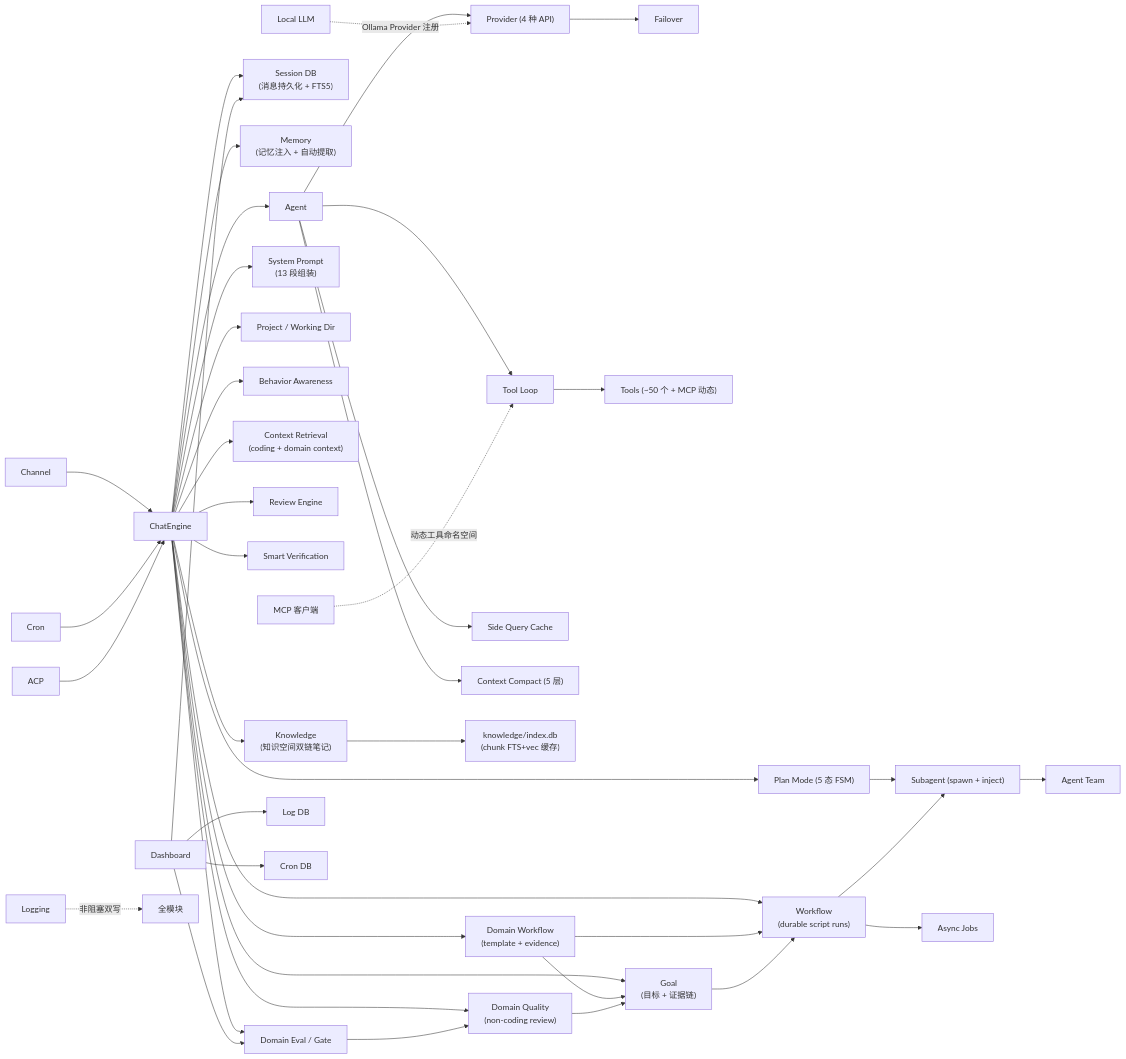
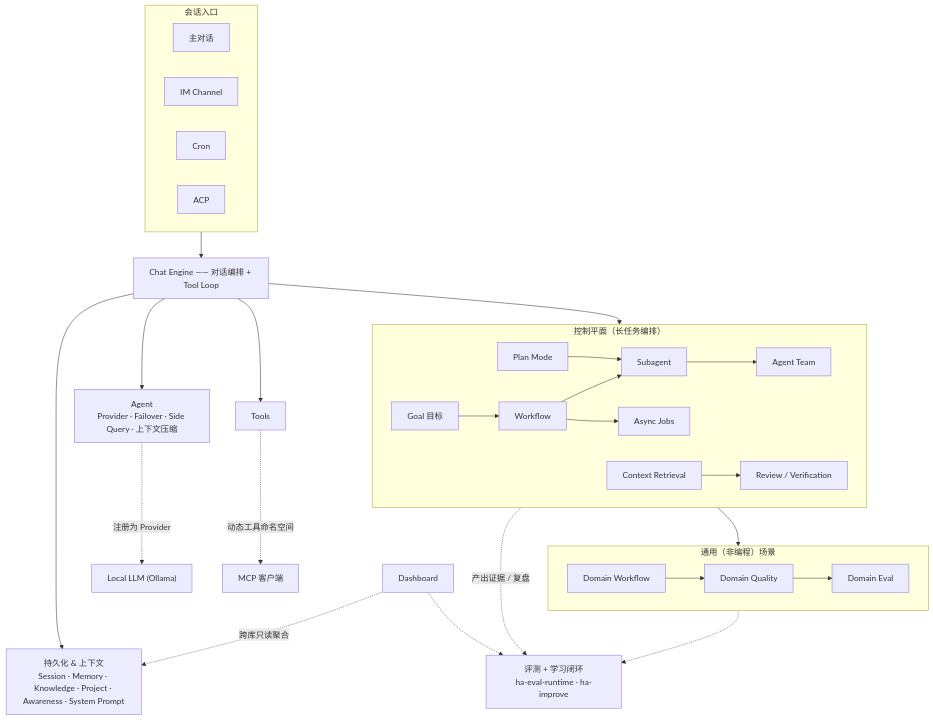
Before and after one commit to shiwenwen/hope-agent: the fourth of 4 diagrams in docs/architecture/overview.md, drawn with Mermaid. The commit also changed other lines of this file, not shown here.

First line of the commit message:
🦭docs(overview): 按新标准重做——分层架构清爽图 + 图文并茂 + 修陈旧存储事实

````diff
--- a/docs/architecture/overview.md
+++ b/docs/architecture/overview.md
@@ -187,48 +135,38 @@
 ```mermaid
-graph LR
-    ChatEngine["ChatEngine"] --> Agent["Agent"]
-    Agent --> Provider["Provider (4 种 API)"]
-    Provider --> Failover["Failover"]
-    Agent --> ToolLoop["Tool Loop"]
-    ToolLoop --> Tools["Tools (~50 个 + MCP 动态)"]
-    Agent --> SideQuery["Side Query Cache"]
-    Agent --> ContextCompact["Context Compact (5 层)"]
+graph TD
+    subgraph Entry["会话入口"]
+        direction LR
+        Chat["主对话"]
+        IM["IM Channel"]
+        Cron["Cron"]
+        ACP["ACP"]
+    end
+    Entry --> CE["Chat Engine —— 对话编排 + Tool Loop"]
 
-    ChatEngine --> SessionDB["Session DB<br/>(消息持久化 + FTS5)"]
-    ChatEngine --> Memory["Memory<br/>(记忆注入 + 自动提取)"]
-    ChatEngine --> Knowledge["Knowledge<br/>(知识空间双链笔记)"]
-    Knowledge --> KbIndex["knowledge/index.db<br/>(chunk FTS+vec 缓存)"]
-    ChatEngine --> SystemPrompt["System Prompt<br/>(13 段组装)"]
-    ChatEngine --> ProjectCtx["Project / Working Dir"]
-    ChatEngine --> Awareness["Behavior Awareness"]
-    ChatEngine --> PlanMode["Plan Mode (5 态 FSM)"]
-    ChatEngine --> Goal["Goal<br/>(目标 + 证据链)"]
-    ChatEngine --> Workflow["Workflow<br/>(durable script runs)"]
-    ChatEngine --> ContextRetrieval["Context Retrieval<br/>(coding + domain context)"]
-    ChatEngine --> Review["Review Engine"]
-    ChatEngine --> Verification["Smart Verification"]
-    ChatEngine --> DomainWorkflow["Domain Workflow<br/>(template + evidence)"]
-    ChatEngine --> DomainQuality["Domain Quality<br/>(non-coding review)"]
-    ChatEngine --> DomainEval["Domain Eval / Gate"]
-    DomainWorkflow --> Goal
-    DomainWorkflow --> Workflow
-    DomainQuality --> Goal
-    DomainEval --> DomainQuality
-    PlanMode --> Subagent["Subagent (spawn + inject)"]
-    Goal --> Workflow
-    Workflow --> Subagent
-    Workflow --> AsyncJobs["Async Jobs"]
-    Subagent --> Team["Agent Team"]
+    CE --> Agent["Agent<br/>Provider · Failover · Side Query · 上下文压缩"]
+    Agent -.->|"注册为 Provider"| LocalLLM["Local LLM (Ollama)"]
+    CE --> Tools["Tools"]
+    Tools -.->|"动态工具命名空间"| MCP["MCP 客户端"]
+    CE --> Store["持久化 & 上下文<br/>Session · Memory · Knowledge · Project · Awareness · System Prompt"]
 
-    Channel["Channel"] --> ChatEngine
-    Cron["Cron"] --> ChatEngine
-    ACP["ACP"] --> ChatEngine
-    LocalLLM["Local LLM"] -.->|"Ollama Provider 注册"| Provider
-    MCP["MCP 客户端"] -.->|"动态工具命名空间"| ToolLoop
-    Dashboard["Dashboard"] --> SessionDB
-    Dashboard --> LogDB["Log DB"]
-    Dashboard --> CronDB["Cron DB"]
-    Dashboard --> DomainEval
-    Logging["Logging"] -.->|"非阻塞双写"| AllModules["全模块"]
+    CE --> CP
+    subgraph CP["控制平面（长任务编排）"]
+        direction LR
+        Goal["Goal 目标"] --> WF["Workflow"]
+        Plan["Plan Mode"] --> Sub["Subagent"]
+        WF --> Sub --> Team["Agent Team"]
+        WF --> AJ["Async Jobs"]
+        CR["Context Retrieval"] --> RV["Review / Verification"]
+    end
 
+    CP --> Domain
+    subgraph Domain["通用（非编程）场景"]
+        direction LR
+        DWF["Domain Workflow"] --> DQ["Domain Quality"] --> DE["Domain Eval"]
+    end
+
+    CP -.->|"产出证据 / 复盘"| Learn["评测 + 学习闭环<br/>ha-eval-runtime · ha-improve"]
+    Domain -.-> Learn
+    Dash["Dashboard"] -.->|"跨库只读聚合"| Store
+    Dash -.-> Learn
 ```
````
